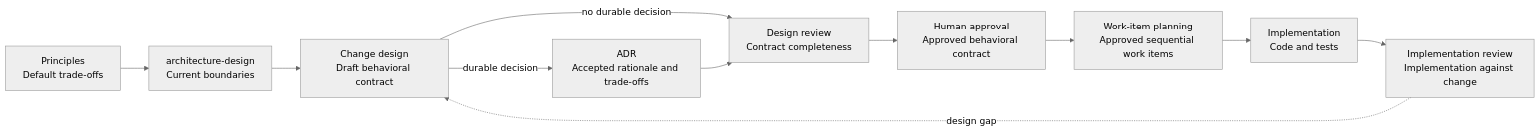
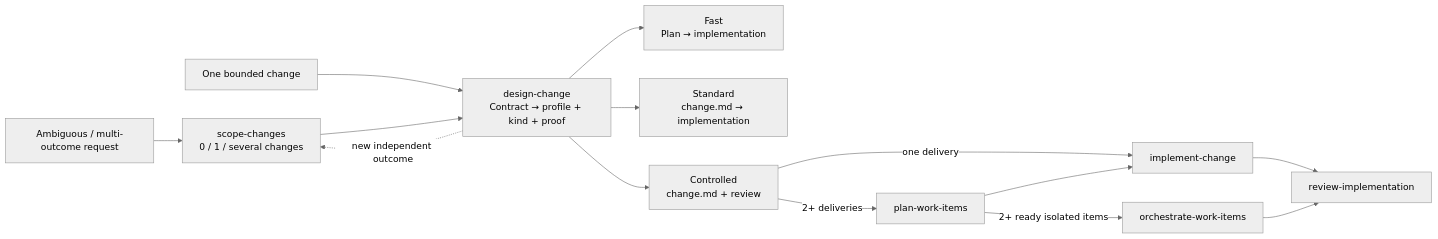
The diagram in README.md (TedToolkit/skills), drawn with Mermaid (neutral theme) before and after one commit. The commit also changed other lines of this file and 3 other files, not shown here.

````diff
--- a/README.md
+++ b/README.md
@@ -34,13 +43,16 @@
 ```mermaid
 flowchart LR
-  P["Principles\nDefault trade-offs"] --> A["architecture-design\nCurrent boundaries"]
-  A --> D["Change design\nDraft behavioral contract"]
-  D -->|"durable decision"| ADR["ADR\nAccepted rationale and trade-offs"]
-  D -->|"no durable decision"| Q["Design review\nContract completeness"]
-  ADR --> Q
-  Q --> V["Human approval\nApproved behavioral contract"]
-  V --> W["Work-item planning\nApproved sequential work items"]
-  W --> I["Implementation\nCode and tests"]
-  I --> R["Implementation review\nImplementation against change"]
-  R -. "design gap" .-> D
+  R["Ambiguous / multi-outcome request"] --> SC["scope-changes\n0 / 1 / several changes"]
+  R2["One bounded change"] --> D["design-change\nContract → profile + kind + proof"]
+  SC --> D
+  D --> F["Fast\nPlan → implementation"]
+  D --> STD["Standard\nchange.md → implementation"]
+  D --> C["Controlled\nchange.md + review"]
+  C -->|"one delivery"| I["implement-change"]
+  C -->|"2+ deliveries"| W["plan-work-items"]
+  W --> I
+  W -->|"2+ ready isolated items"| O["orchestrate-work-items"]
+  I --> V["review-implementation"]
+  O --> V
+  D -. "new independent outcome" .-> SC
 ```
````
